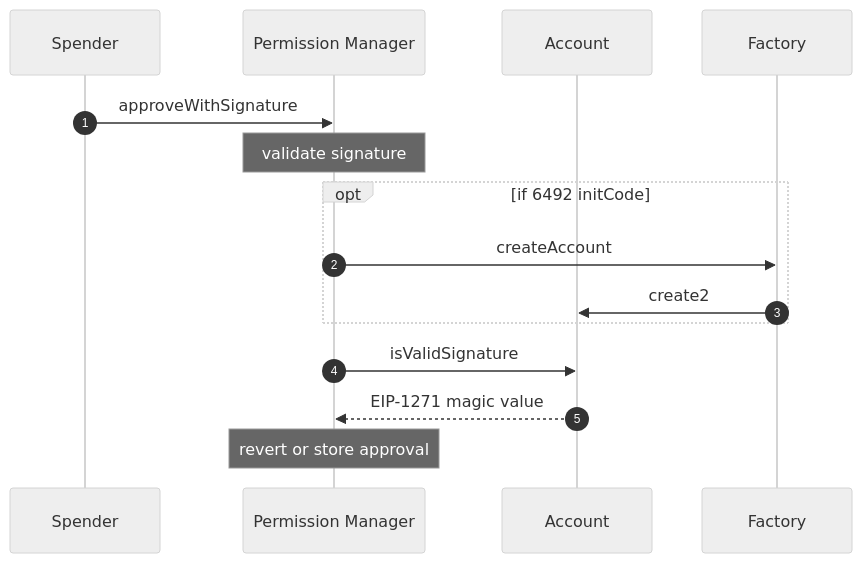
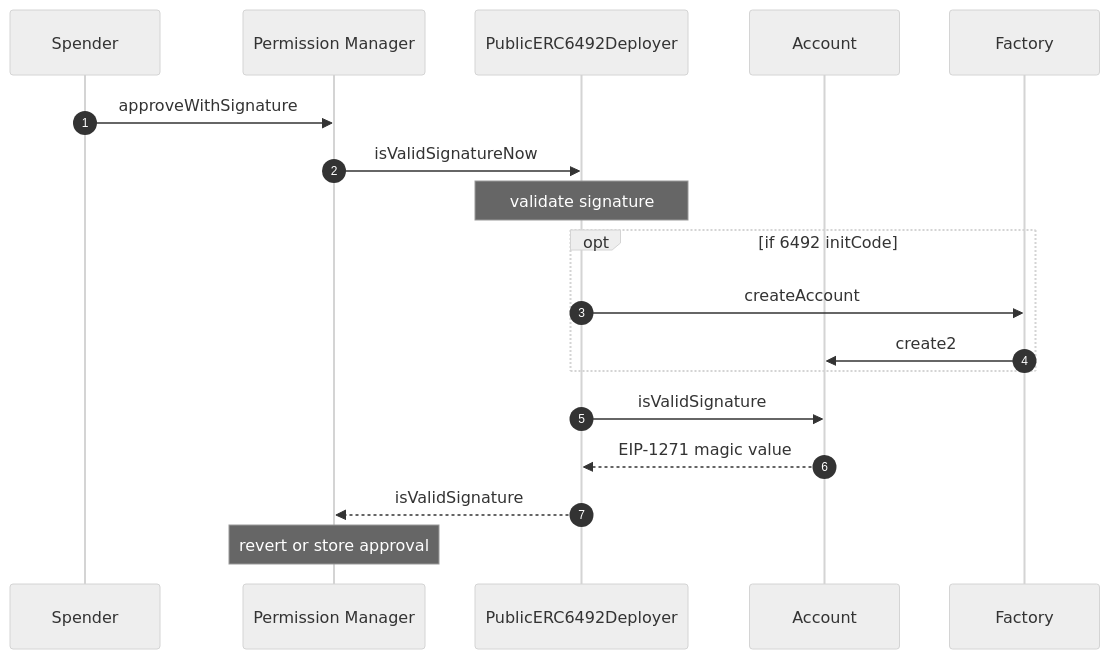
The diagram in docs/diagrams/approveWithSignature.md (coinbase/spend-permissions), drawn with Mermaid (neutral theme) before and after one commit. The commit also changed other lines of this file and 2 other files, not shown here.

````diff
--- a/docs/diagrams/approveWithSignature.md
+++ b/docs/diagrams/approveWithSignature.md
@@ -7,18 +9,21 @@
 ```mermaid
 sequenceDiagram
     autonumber
     participant S as Spender
     participant PM as Permission Manager
+    participant V as PublicERC6492Deployer
     participant A as Account
     participant F as Factory
 
     S->>PM: approveWithSignature
-    Note over PM: validate signature
+    PM->>V: isValidSignatureNow
+    Note over V: validate signature
     opt if 6492 initCode
-        PM->>F: createAccount
+        V->>F: createAccount
         F->>A: create2
     end
-    PM->>A: isValidSignature
-    A-->>PM: EIP-1271 magic value
+    V->>A: isValidSignature
+    A-->>V: EIP-1271 magic value
+    V-->>PM: isValidSignature
     Note over PM: revert or store approval
 ```
````
